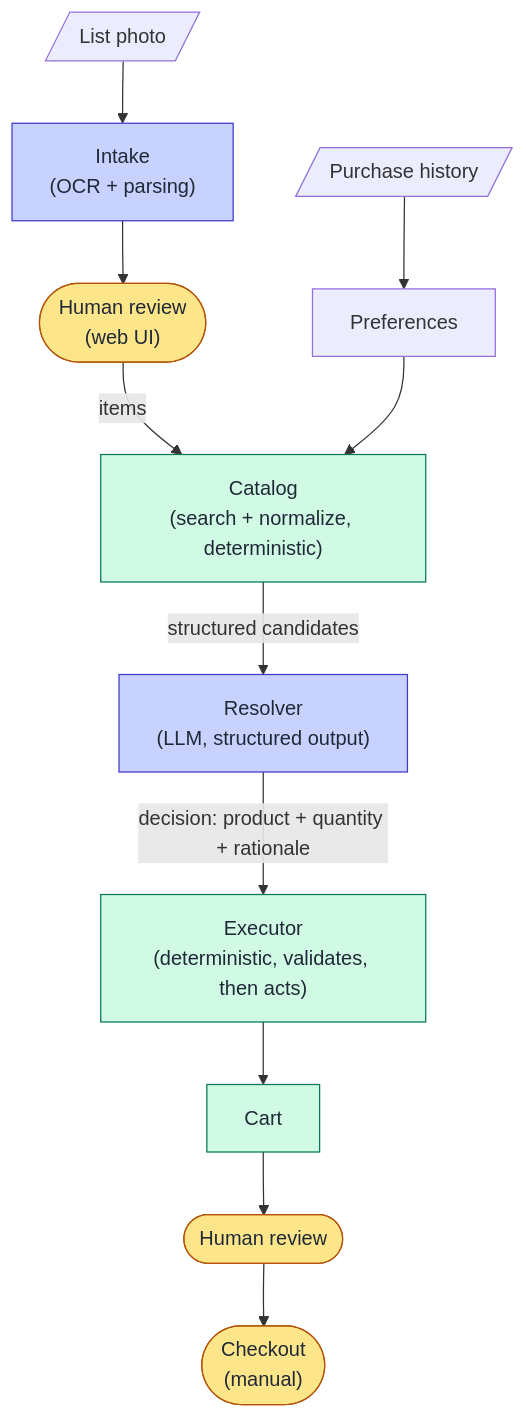
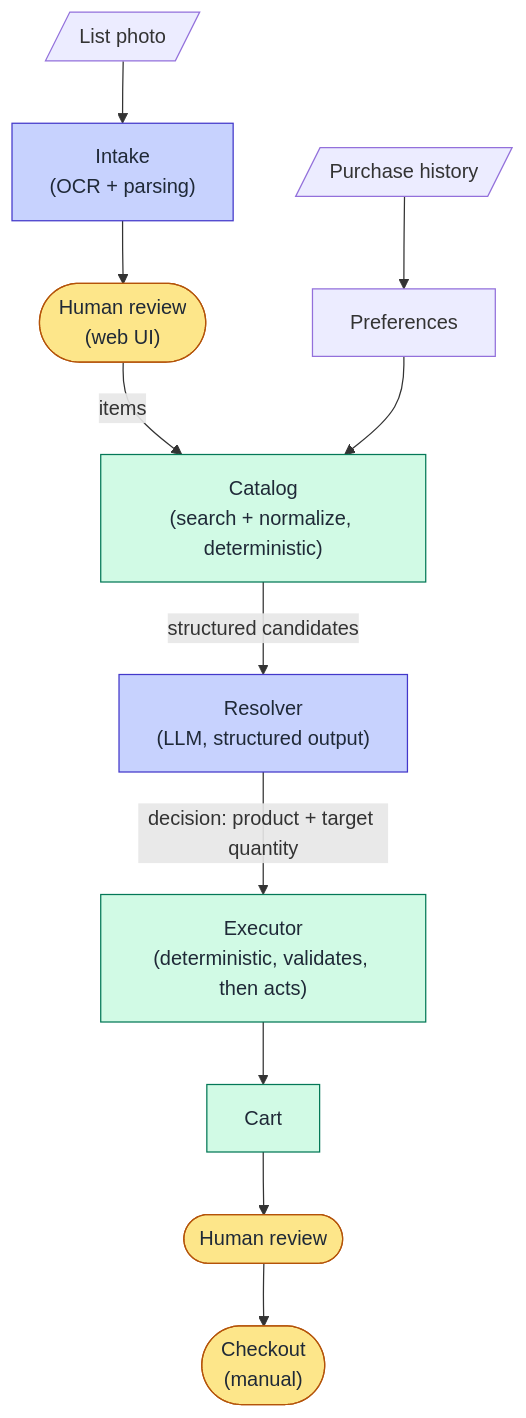
One commit to jwjosefy/shopping-minion changed the diagram in README.md. Above: the diagram before and after it, drawn with Mermaid. The commit also changed other lines of this file and 1 other file, not shown here.

````diff
--- a/README.md
+++ b/README.md
@@ -28,20 +30,20 @@
 ```mermaid
 flowchart TD
     photo[/"List photo"/] --> intake["Intake<br/>(OCR + parsing)"]
     intake --> review1(["Human review<br/>(web UI)"])
     review1 -- items --> catalog
     history[/"Purchase history"/] --> prefs["Preferences"]
     prefs --> catalog["Catalog<br/>(search + normalize, deterministic)"]
     catalog -- structured candidates --> resolver["Resolver<br/>(LLM, structured output)"]
-    resolver -- "decision: product + quantity + rationale" --> executor["Executor<br/>(deterministic, validates, then acts)"]
+    resolver -- "decision: product + target quantity" --> executor["Executor<br/>(deterministic, validates, then acts)"]
     executor --> cart["Cart"]
     cart --> review2(["Human review"])
     review2 --> checkout(["Checkout<br/>(manual)"])
 
     classDef human fill:#fde68a,stroke:#b45309,color:#1f2937
     classDef llm fill:#c7d2fe,stroke:#4338ca,color:#1f2937
     classDef det fill:#d1fae5,stroke:#047857,color:#1f2937
     class review1,review2,checkout human
     class intake,resolver llm
     class catalog,executor,cart det
 ```
````
